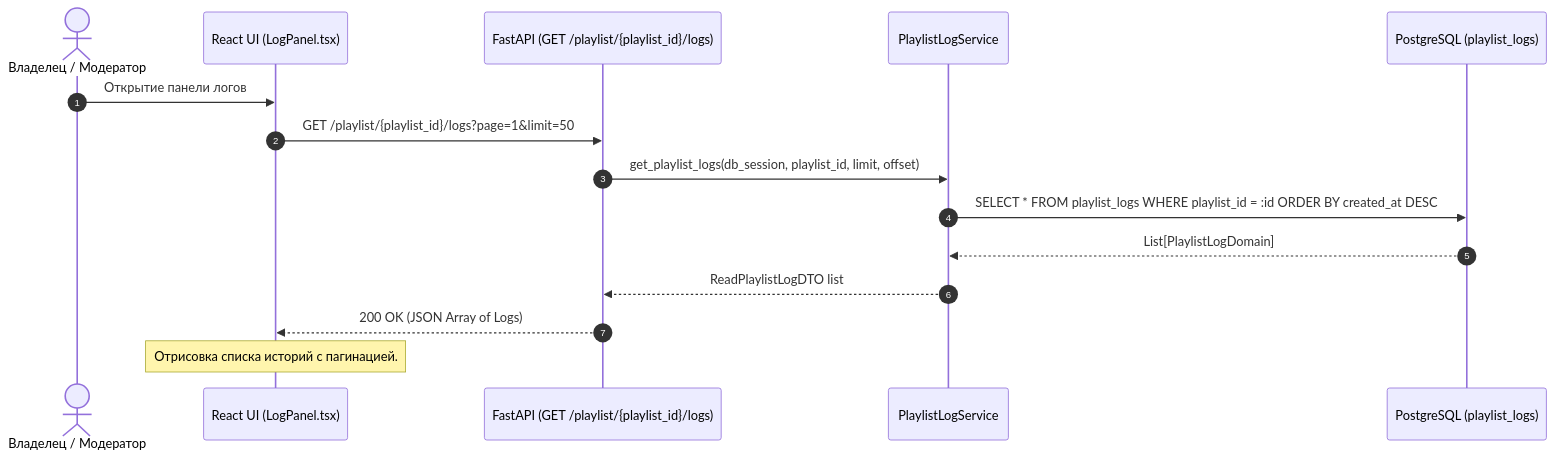
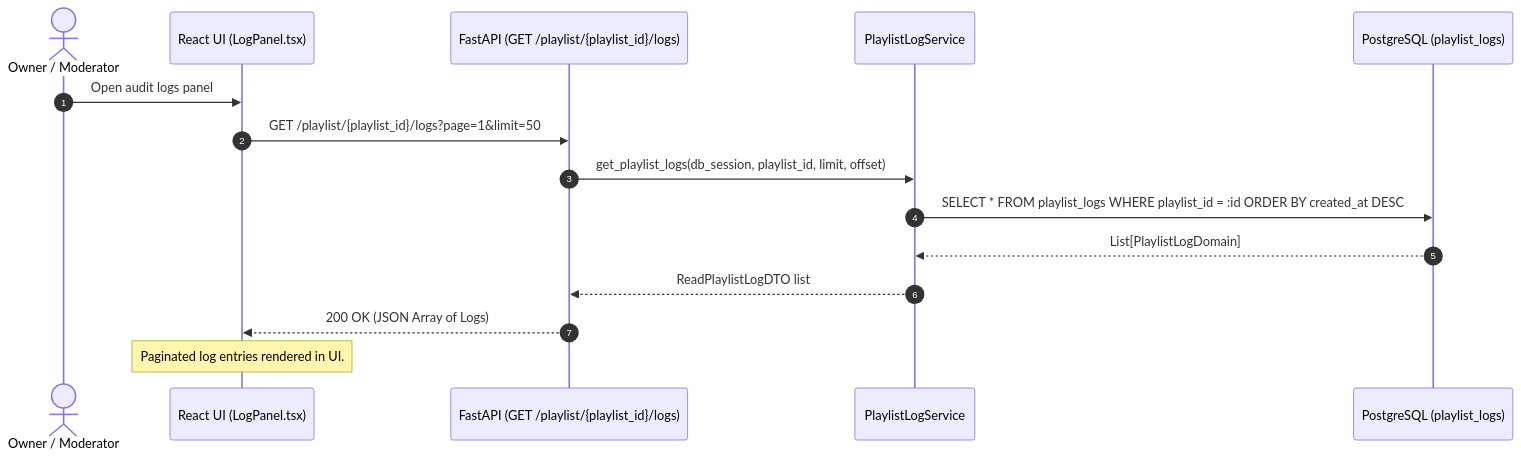
One commit to DustGalaxy/openplaylist-mono changed the third of 4 diagrams in docs/core/playlist_logs.md. Above: the diagram before and after it, drawn with Mermaid. The commit also changed other lines of this file and 21 other files, not shown here.

Commit message:
docs: translate technical architecture and component guides to English

````diff
--- a/docs/core/playlist_logs.md
+++ b/docs/core/playlist_logs.md
@@ -106,18 +105,18 @@
 ```mermaid
 sequenceDiagram
     autonumber
-    actor Owner as Владелец / Модератор
+    actor Owner as Owner / Moderator
     participant UI as React UI (LogPanel.tsx)
     participant API as FastAPI (GET /playlist/{playlist_id}/logs)
     participant LogSvc as PlaylistLogService
     participant DB as PostgreSQL (playlist_logs)
 
-    Owner->>UI: Открытие панели логов
+    Owner->>UI: Open audit logs panel
     UI->>API: GET /playlist/{playlist_id}/logs?page=1&limit=50
     API->>LogSvc: get_playlist_logs(db_session, playlist_id, limit, offset)
     LogSvc->>DB: SELECT * FROM playlist_logs WHERE playlist_id = :id ORDER BY created_at DESC
     DB-->>LogSvc: List[PlaylistLogDomain]
     LogSvc-->>API: ReadPlaylistLogDTO list
     API-->>UI: 200 OK (JSON Array of Logs)
-    Note over UI: Отрисовка списка историй с пагинацией.
+    Note over UI: Paginated log entries rendered in UI.
 ```
````
